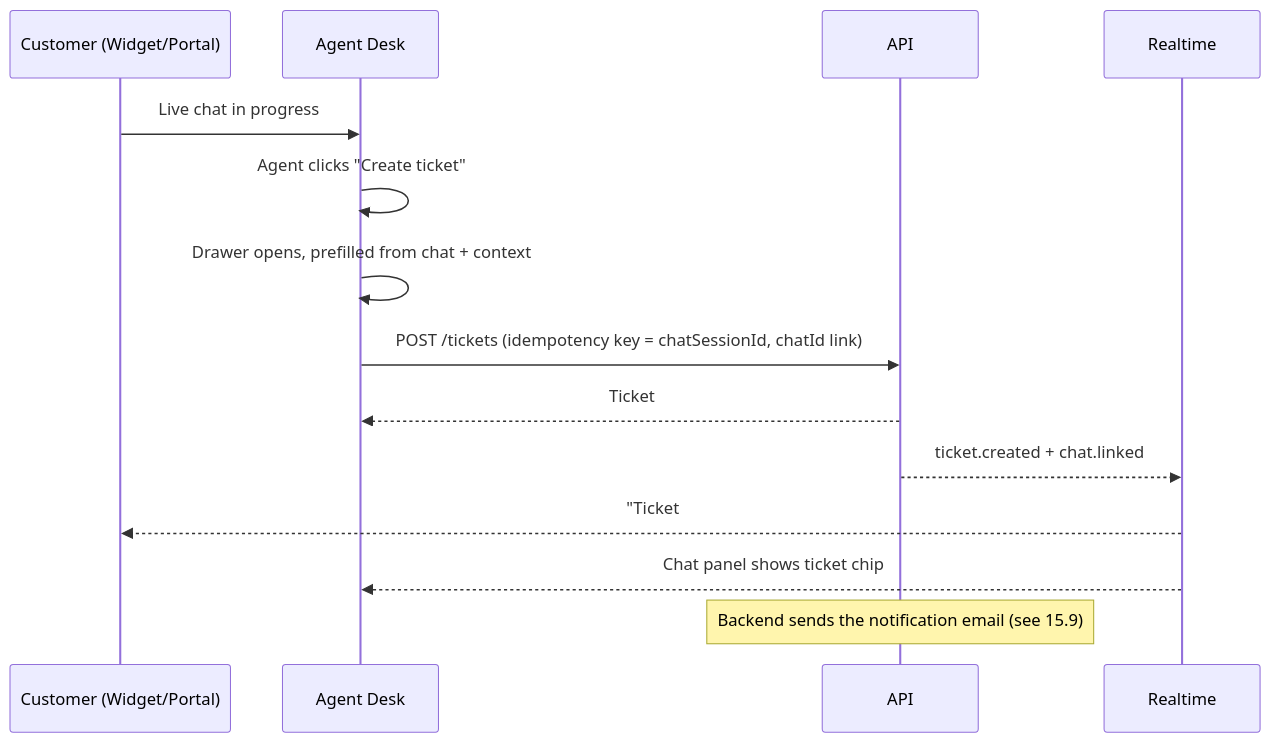
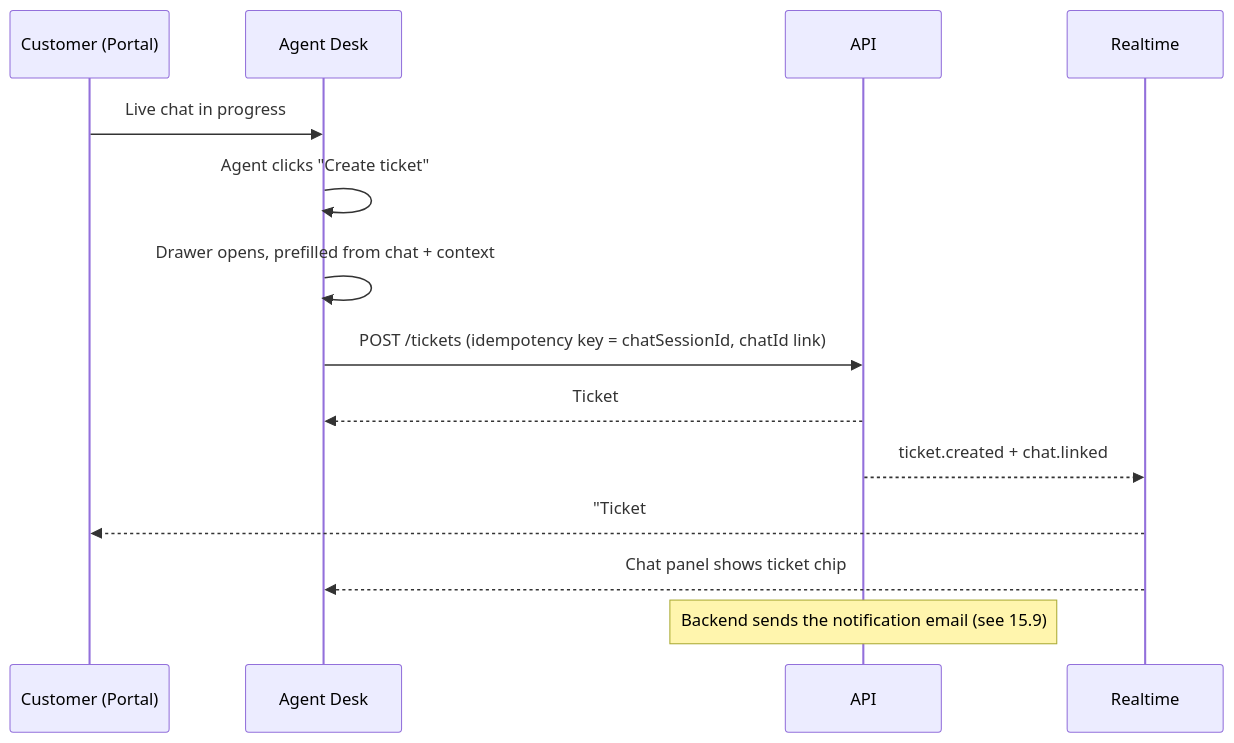
The fifth of 5 diagrams in README.md (bharatidefence/support), drawn with Mermaid before and after one commit. The commit also changed other lines of this file, not shown here.

````diff
--- a/README.md
+++ b/README.md
@@ -578,17 +555,17 @@
 ```mermaid
 sequenceDiagram
-    participant C as Customer (Widget/Portal)
+    participant C as Customer (Portal)
     participant D as Agent Desk
     participant API as API
     participant WS as Realtime
 
     C->>D: Live chat in progress
     D->>D: Agent clicks "Create ticket"
     D->>D: Drawer opens, prefilled from chat + context
     D->>API: POST /tickets (idempotency key = chatSessionId, chatId link)
     API-->>D: Ticket #12345
     API-->>WS: ticket.created + chat.linked
     WS-->>C: "Ticket #12345 created" (chat shows reference)
     WS-->>D: Chat panel shows ticket chip
     Note over API: Backend sends the notification email (see 15.9)
 ```
````
